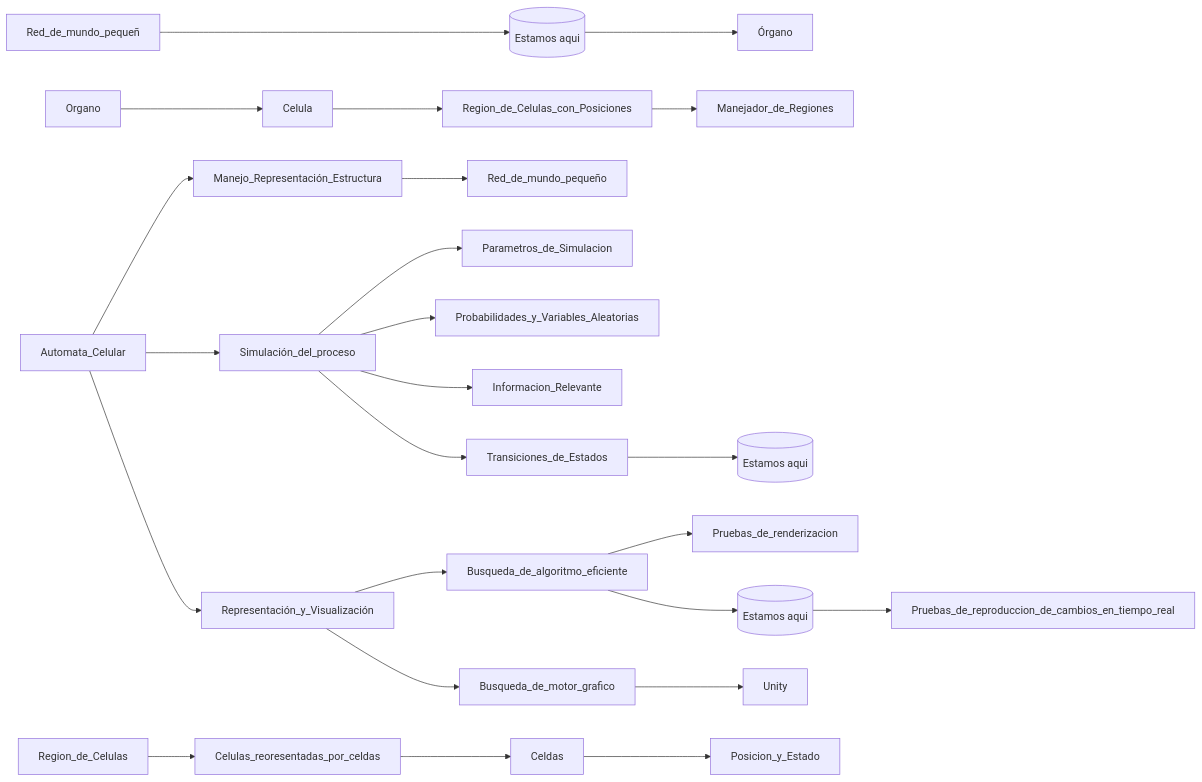
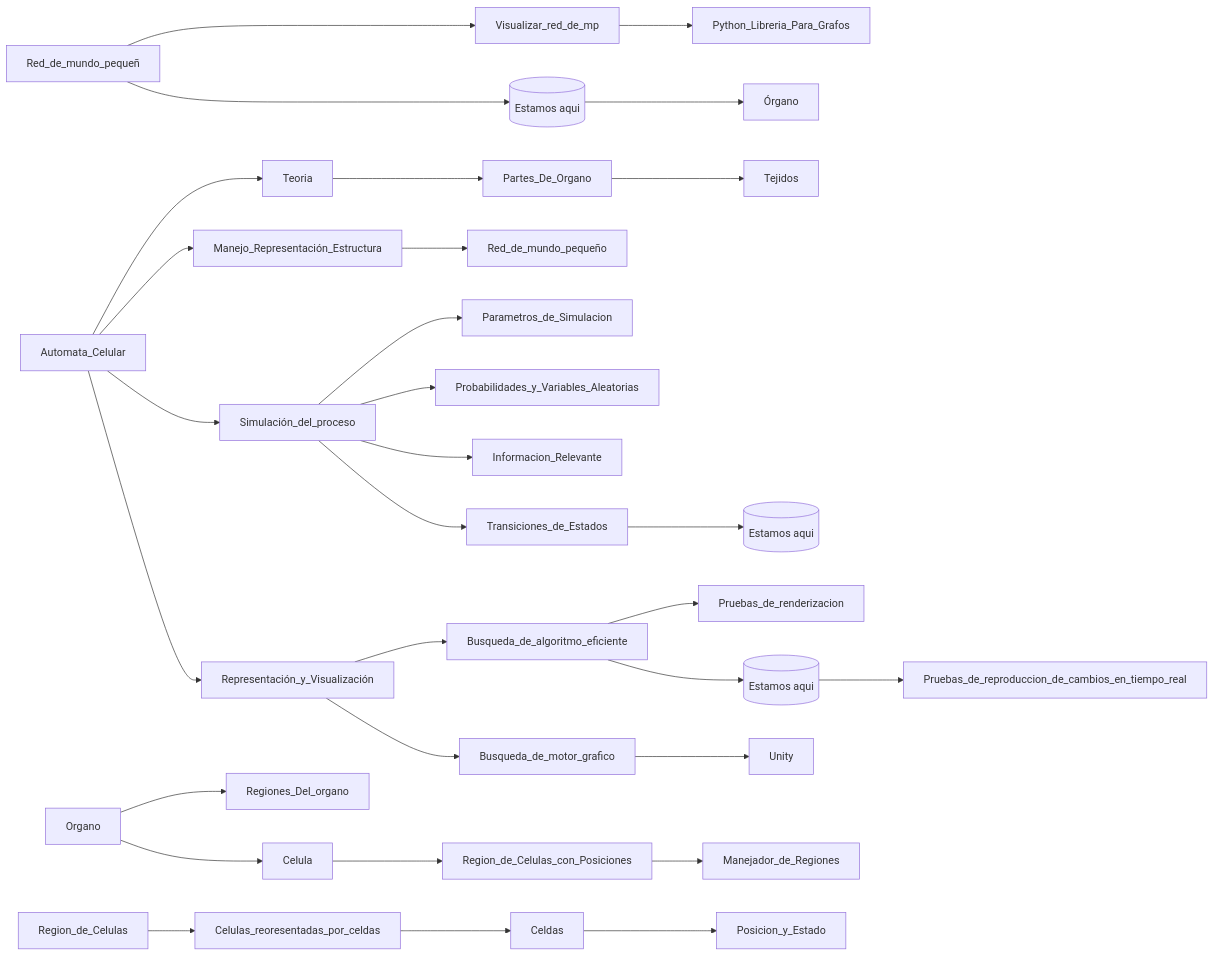
One commit to Krtucho/cellular_automata changed the diagram in README.md. Above: the diagram before and after it, drawn with Mermaid. The commit also changed other lines of this file and 126 other files, not shown here.

````diff
--- a/README.md
+++ b/README.md
@@ -4,26 +6,31 @@
 ```mermaid
 graph LR;
+    Teoria-->Partes_De_Organo-->Tejidos;
     here[(Estamos aqui)]
     here_sim[(Estamos aqui)]
     here_vis[(Estamos aqui)]
+    Automata_Celular-->Teoria;
     Automata_Celular-->Manejo_Representación_Estructura;
     Automata_Celular-->Simulación_del_proceso;
     Automata_Celular--> Representación_y_Visualización;
     Manejo_Representación_Estructura-->Red_de_mundo_pequeño;
+    Red_de_mundo_pequeño-->Visualizar_red_de_mp;
+    Visualizar_red_de_mp-->Python_Libreria_Para_Grafos;
     Red_de_mundo_pequeño-->here;
     here--> Órgano;
+    Organo-->Regiones_Del_organo;
     Organo-->Celula;
     Celula-->Region_de_Celulas_con_Posiciones;
     Region_de_Celulas_con_Posiciones-->Manejador_de_Regiones;
     Region_de_Celulas-->Celulas_reoresentadas_por_celdas-->Celdas;
     Celdas-->Posicion_y_Estado;
     Simulación_del_proceso-->Parametros_de_Simulacion;
     Simulación_del_proceso-->Probabilidades_y_Variables_Aleatorias;
     Simulación_del_proceso-->Informacion_Relevante;
     Simulación_del_proceso-->Transiciones_de_Estados-->here_sim;
     Representación_y_Visualización --> Busqueda_de_algoritmo_eficiente;
     Busqueda_de_algoritmo_eficiente --> Pruebas_de_renderizacion;
     Busqueda_de_algoritmo_eficiente --> here_vis --> Pruebas_de_reproduccion_de_cambios_en_tiempo_real;
     Representación_y_Visualización--> Busqueda_de_motor_grafico;
     Busqueda_de_motor_grafico --> Unity;
 ```
````
